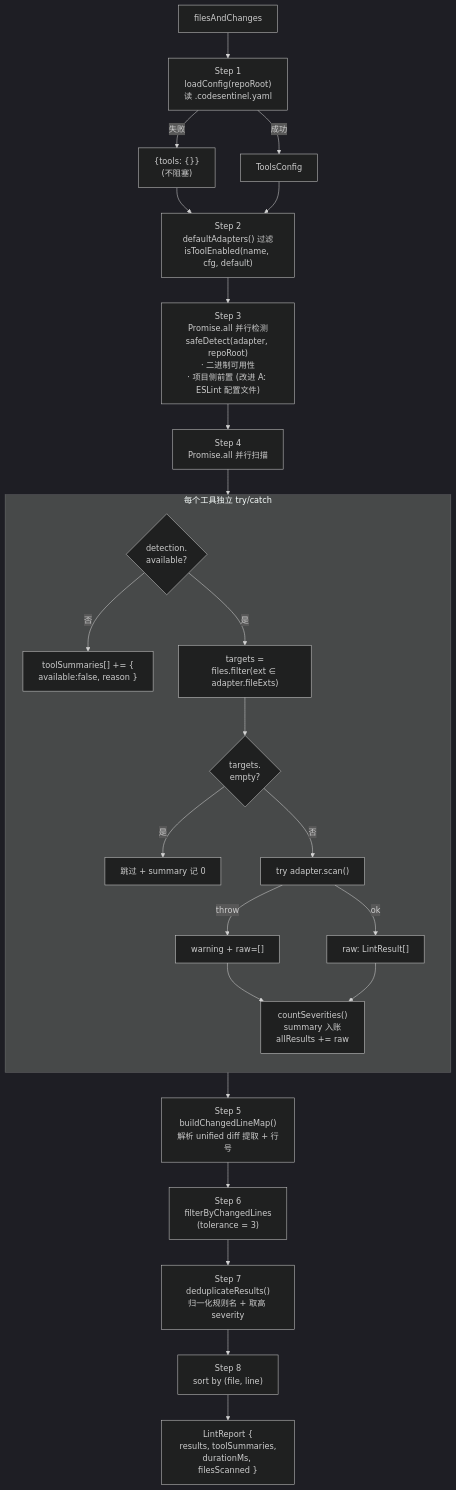
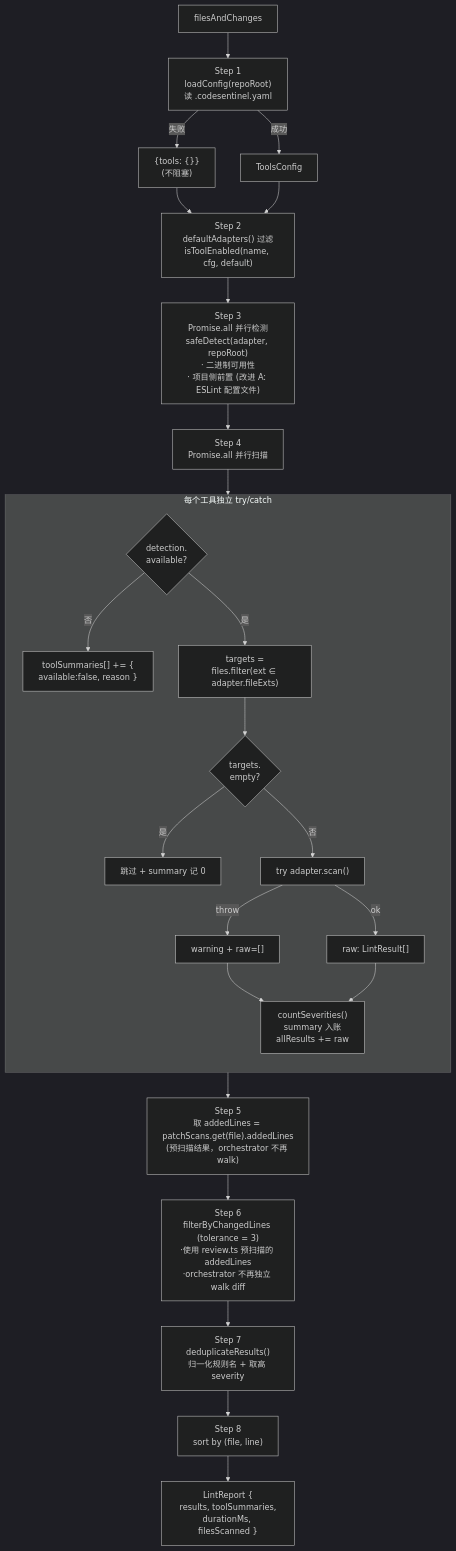
Before and after one commit to CodesSentinels/ai-reviewer: the fourth of 9 diagrams in docs/07-linter-sast-architecture.md, drawn with Mermaid (dark theme). The commit also changed other lines of this file and 8 other files, not shown here.

````diff
--- a/docs/07-linter-sast-architecture.md
+++ b/docs/07-linter-sast-architecture.md
@@ -288,34 +289,34 @@
 ```mermaid
 flowchart TD
   IN["filesAndChanges"] --> S1["Step 1<br/>loadConfig(repoRoot)<br/>读 .codesentinel.yaml"]
   S1 -->|"失败"| S1F["{tools: {}}<br/>(不阻塞)"]
   S1 -->|"成功"| S1OK["ToolsConfig"]
   S1F --> S2
   S1OK --> S2
 
   S2["Step 2<br/>defaultAdapters() 过滤<br/>isToolEnabled(name, cfg, default)"]
   S2 --> S3["Step 3<br/>Promise.all 并行检测<br/>safeDetect(adapter, repoRoot)<br/>· 二进制可用性<br/>· 项目侧前置 (改进 A: ESLint 配置文件)"]
 
   S3 --> S4["Step 4<br/>Promise.all 并行扫描"]
 
   subgraph PerTool["每个工具独立 try/catch"]
     direction TB
     T1{"detection.<br/>available?"}
     T1 -->|否| T2["toolSummaries[] += {<br/>available:false, reason }"]
     T1 -->|是| T3["targets =<br/>files.filter(ext ∈ adapter.fileExts)"]
     T3 --> T4{"targets.<br/>empty?"}
     T4 -->|是| T5["跳过 + summary 记 0"]
     T4 -->|否| T6["try adapter.scan()"]
     T6 -->|"throw"| T7["warning + raw=[]"]
     T6 -->|"ok"| T8["raw: LintResult[]"]
     T7 --> T9["countSeverities()<br/>summary 入账<br/>allResults += raw"]
     T8 --> T9
   end
 
   S4 --> PerTool
-  PerTool --> S5["Step 5<br/>buildChangedLineMap()<br/>解析 unified diff 提取 + 行号"]
-  S5 --> S6["Step 6<br/>filterByChangedLines<br/>(tolerance = 3)"]
+  PerTool --> S5["Step 5<br/>取 addedLines = patchScans.get(file).addedLines<br/>(预扫描结果，orchestrator 不再 walk)"]
+  S5 --> S6["Step 6<br/>filterByChangedLines (tolerance = 3)<br/>·使用 review.ts 预扫描的 addedLines<br/>·orchestrator 不再独立 walk diff"]
   S6 --> S7["Step 7<br/>deduplicateResults()<br/>归一化规则名 + 取高 severity"]
   S7 --> S8["Step 8<br/>sort by (file, line)"]
   S8 --> OUT["LintReport {<br/>results, toolSummaries,<br/>durationMs, filesScanned }"]
 ```
````
